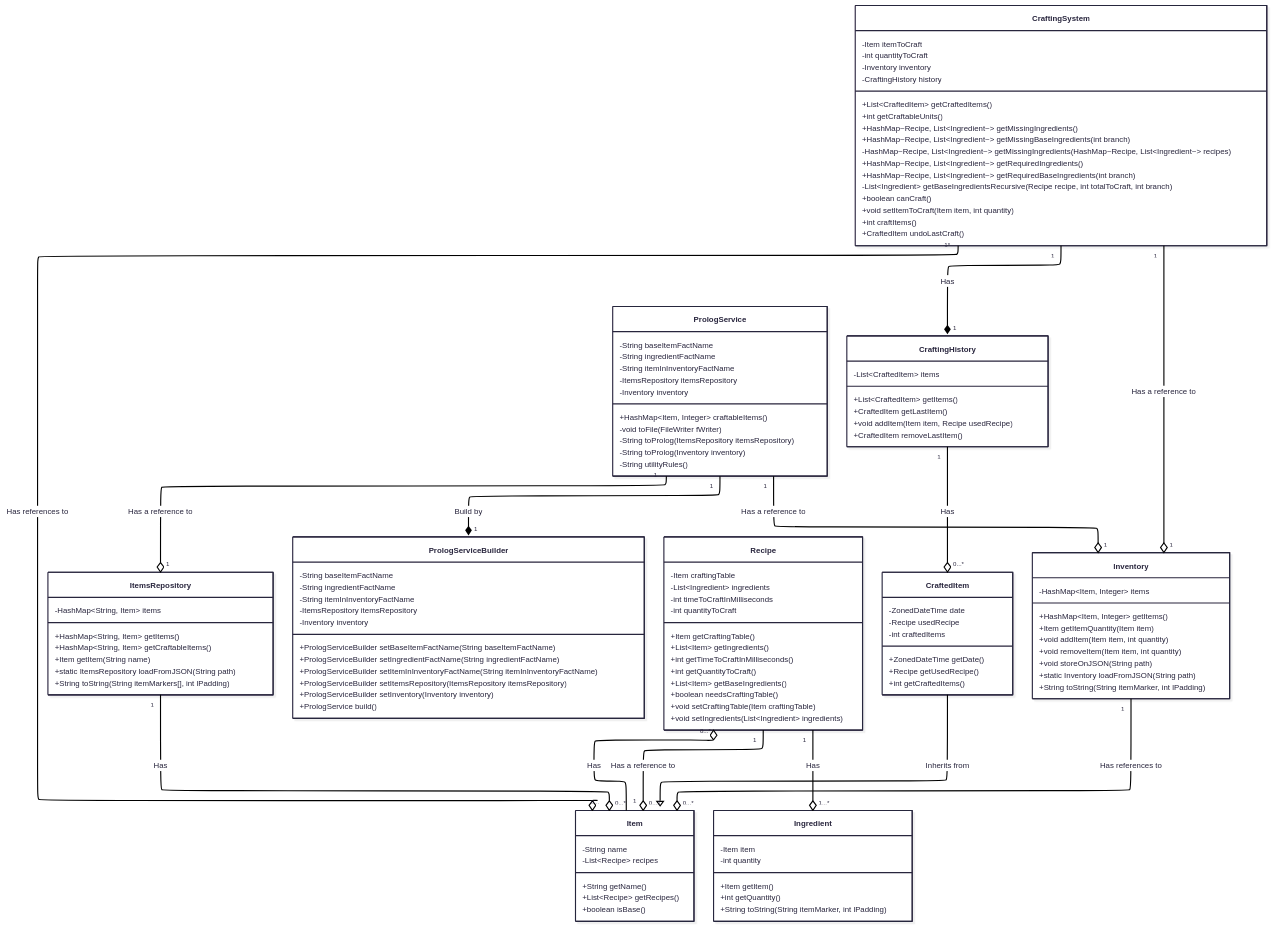
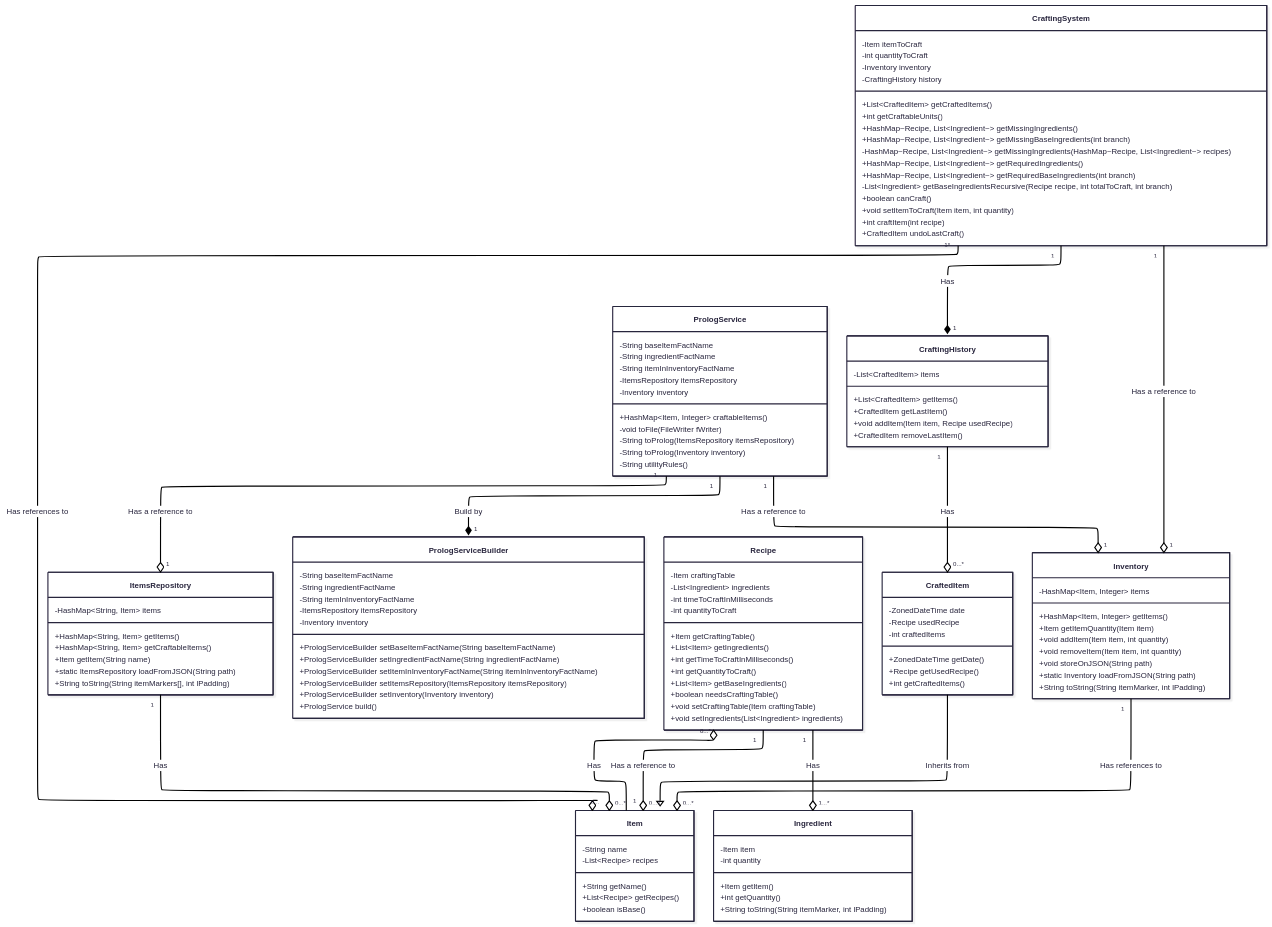
The first of 2 diagrams in README.md (hozlucas28/Java-Practical-Work-2025), drawn with Mermaid before and after one commit. The commit also changed 2 other files, not shown here.

Commit message:
feature(CraftingSystem): add recipe to craft param on `craftItem` method

```diff
--- a/README.md
+++ b/README.md
@@ -223,7 +223,7 @@
         -List~Ingredient~ getBaseIngredientsRecursive(Recipe recipe, int totalToCraft, int branch)
 	    +boolean canCraft()
 	    +void setItemToCraft(Item item, int quantity)
-	    +int craftItems()
+	    +int craftItem(int recipe)
 	    +CraftedItem undoLastCraft()
     }
 
```
